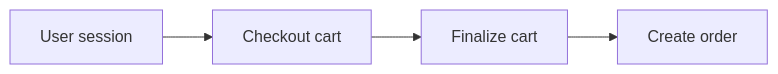
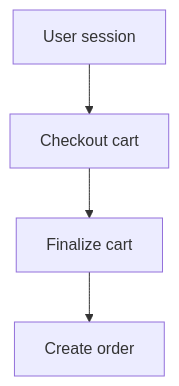
One commit to marcocondrache/bd-project changed the third of 4 diagrams in docs/Cart_Evolution.md. Above: the diagram before and after it, drawn with Mermaid. The commit also changed other lines of this file and 2 other files, not shown here.

````diff
--- a/docs/Cart_Evolution.md
+++ b/docs/Cart_Evolution.md
@@ -25,6 +29,6 @@
 ```mermaid
-flowchart LR
+flowchart
     User[User session] --> A[Checkout cart]
     A --> C[Finalize cart]
     C --> D[Create order]
 ```
````
